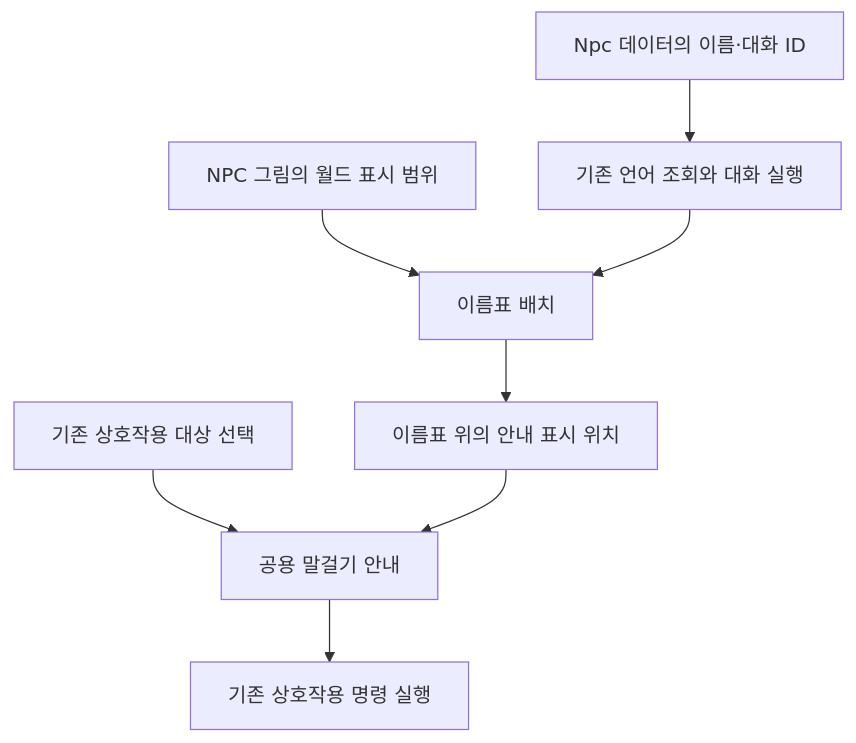
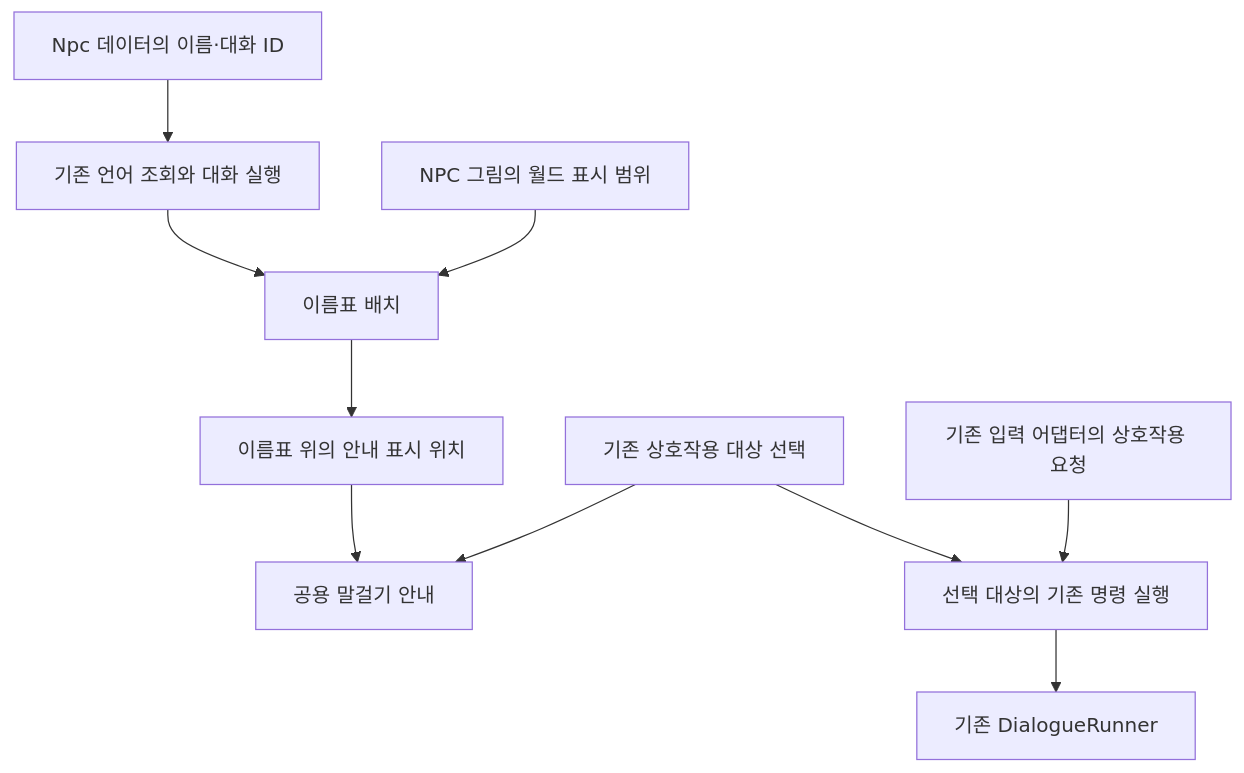
The first of 6 diagrams in Docs/개발자용 설계문서/NPC 이름표와 말걸기 안내 배치 설계.md (lkhwcf-arch/Human_Ghost-), drawn with Mermaid before and after one commit. The commit also changed other lines of this file and 11 other files, not shown here.

````diff
--- a/Docs/개발자용 설계문서/NPC 이름표와 말걸기 안내 배치 설계.md
+++ b/Docs/개발자용 설계문서/NPC 이름표와 말걸기 안내 배치 설계.md
@@ -31,10 +34,12 @@
 ```mermaid
 flowchart TD
     A[Npc 데이터의 이름·대화 ID] --> B[기존 언어 조회와 대화 실행]
     C[NPC 그림의 월드 표시 범위] --> D[이름표 배치]
     B --> D
     D --> E[이름표 위의 안내 표시 위치]
     F[기존 상호작용 대상 선택] --> G[공용 말걸기 안내]
     E --> G
-    G --> H[기존 상호작용 명령 실행]
+    I[기존 입력 어댑터의 상호작용 요청] --> H[선택 대상의 기존 명령 실행]
+    F --> H
+    H --> J[기존 DialogueRunner]
 ```
````
